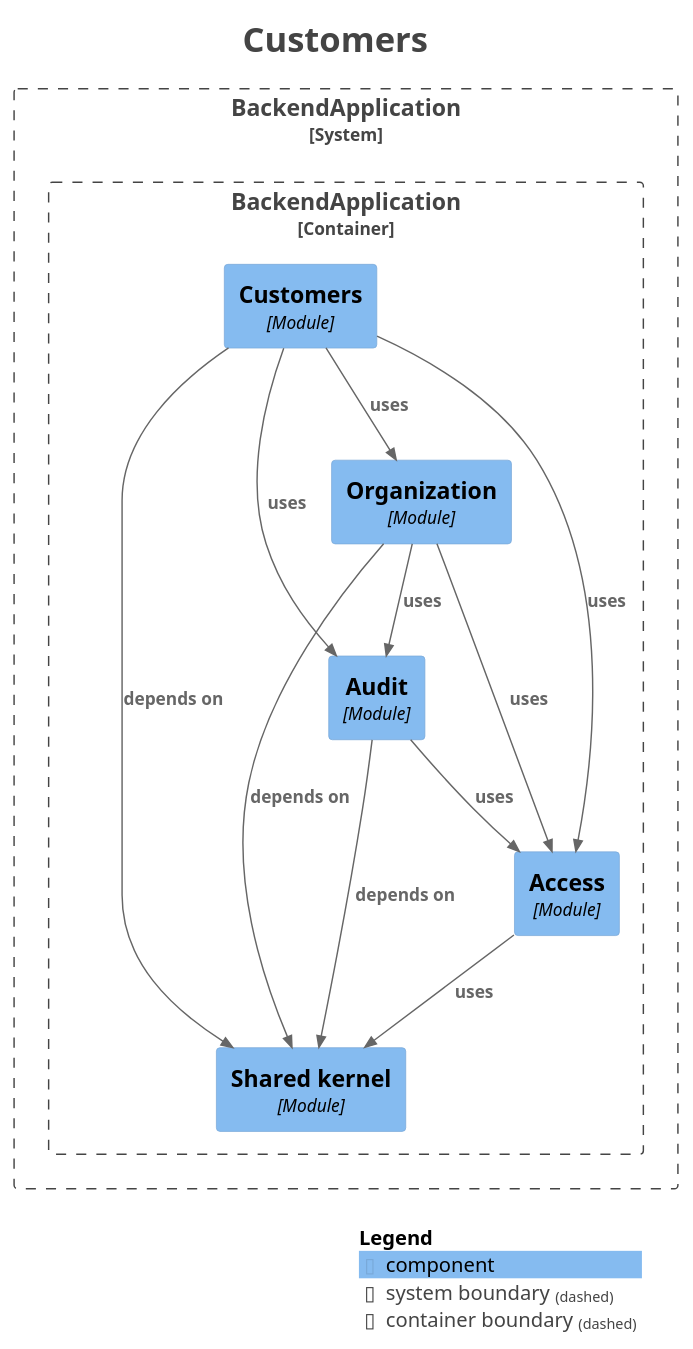
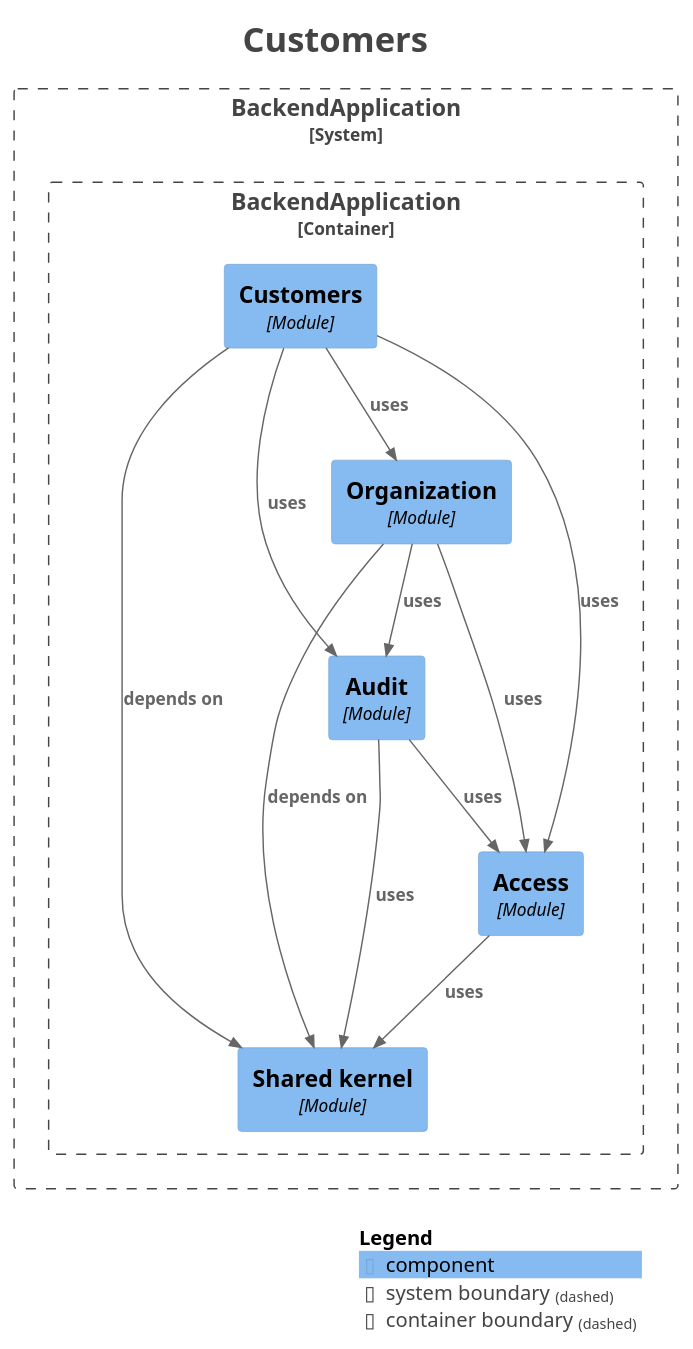
The diagram in docs/architecture/modules/module-customers.puml (fxavier/restaurantePRO), drawn with PlantUML before and after one commit. The commit also changed 23 other files, not shown here.

```diff
--- a/docs/architecture/modules/module-customers.puml
+++ b/docs/architecture/modules/module-customers.puml
@@ -1,42 +1,42 @@
 @startuml
 title <size:24>Customers</size>
 
 set separator none
 top to bottom direction
 
 <style>
   root {
     BackgroundColor: #ffffff
     FontColor: #444444
   }
 </style>
 
 !include <C4/C4>
 !include <C4/C4_Context>
 !include <C4/C4_Component>
 
 System_Boundary("BackendApplication_boundary", "BackendApplication", $tags="") {
   Container_Boundary("BackendApplication.BackendApplication_boundary", "BackendApplication", $tags="") {
     Component(BackendApplication.BackendApplication.Sharedkernel, "Shared kernel", $techn="Module", $descr="", $tags="", $link="")
     Component(BackendApplication.BackendApplication.Access, "Access", $techn="Module", $descr="", $tags="", $link="")
     Component(BackendApplication.BackendApplication.Audit, "Audit", $techn="Module", $descr="", $tags="", $link="")
     Component(BackendApplication.BackendApplication.Organization, "Organization", $techn="Module", $descr="", $tags="", $link="")
     Component(BackendApplication.BackendApplication.Customers, "Customers", $techn="Module", $descr="", $tags="", $link="")
   }
 
 }
 
+Rel(BackendApplication.BackendApplication.Organization, BackendApplication.BackendApplication.Sharedkernel, "depends on", $techn="", $tags="", $link="")
+Rel(BackendApplication.BackendApplication.Organization, BackendApplication.BackendApplication.Audit, "uses", $techn="", $tags="", $link="")
+Rel(BackendApplication.BackendApplication.Organization, BackendApplication.BackendApplication.Access, "uses", $techn="", $tags="", $link="")
 Rel(BackendApplication.BackendApplication.Audit, BackendApplication.BackendApplication.Access, "uses", $techn="", $tags="", $link="")
+Rel(BackendApplication.BackendApplication.Audit, BackendApplication.BackendApplication.Sharedkernel, "uses", $techn="", $tags="", $link="")
+Rel(BackendApplication.BackendApplication.Access, BackendApplication.BackendApplication.Sharedkernel, "uses", $techn="", $tags="", $link="")
 Rel(BackendApplication.BackendApplication.Customers, BackendApplication.BackendApplication.Sharedkernel, "depends on", $techn="", $tags="", $link="")
 Rel(BackendApplication.BackendApplication.Customers, BackendApplication.BackendApplication.Access, "uses", $techn="", $tags="", $link="")
 Rel(BackendApplication.BackendApplication.Customers, BackendApplication.BackendApplication.Organization, "uses", $techn="", $tags="", $link="")
 Rel(BackendApplication.BackendApplication.Customers, BackendApplication.BackendApplication.Audit, "uses", $techn="", $tags="", $link="")
-Rel(BackendApplication.BackendApplication.Organization, BackendApplication.BackendApplication.Sharedkernel, "depends on", $techn="", $tags="", $link="")
-Rel(BackendApplication.BackendApplication.Organization, BackendApplication.BackendApplication.Audit, "uses", $techn="", $tags="", $link="")
-Rel(BackendApplication.BackendApplication.Organization, BackendApplication.BackendApplication.Access, "uses", $techn="", $tags="", $link="")
-Rel(BackendApplication.BackendApplication.Access, BackendApplication.BackendApplication.Sharedkernel, "uses", $techn="", $tags="", $link="")
-Rel(BackendApplication.BackendApplication.Audit, BackendApplication.BackendApplication.Sharedkernel, "depends on", $techn="", $tags="", $link="")
 
 SHOW_LEGEND(true)
 hide stereotypes
 @enduml
```
